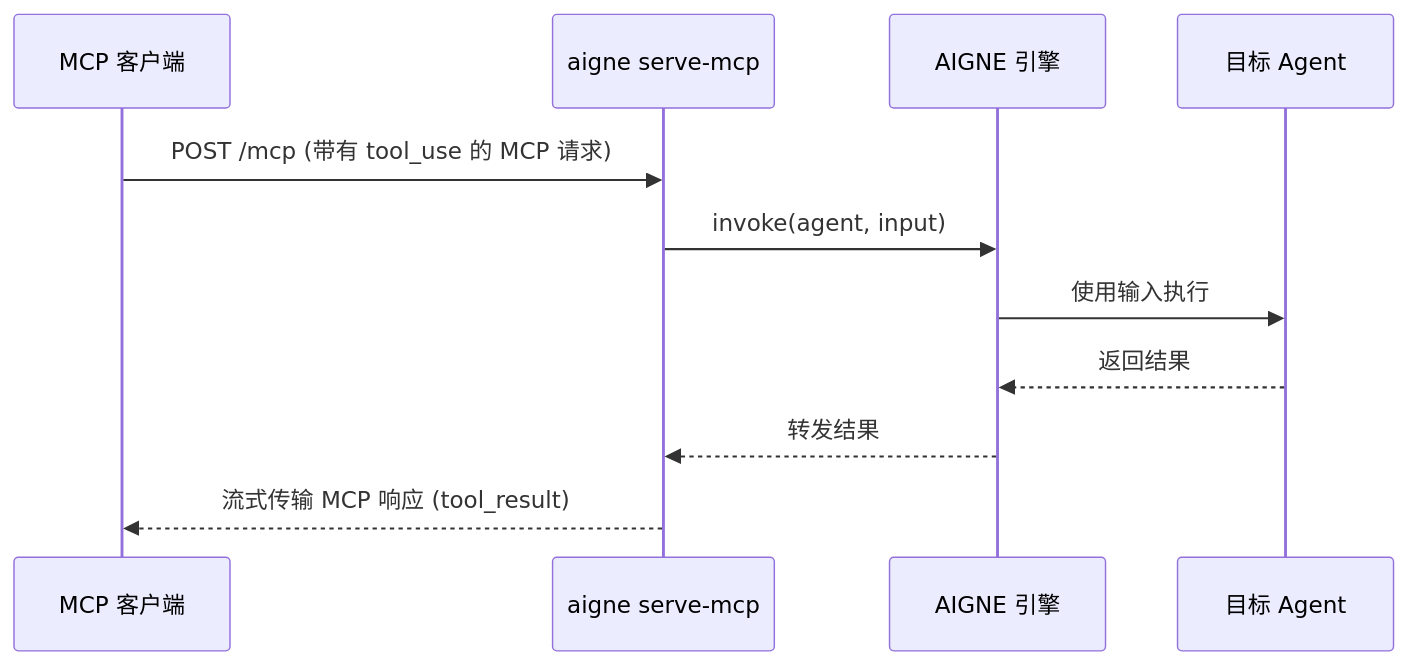
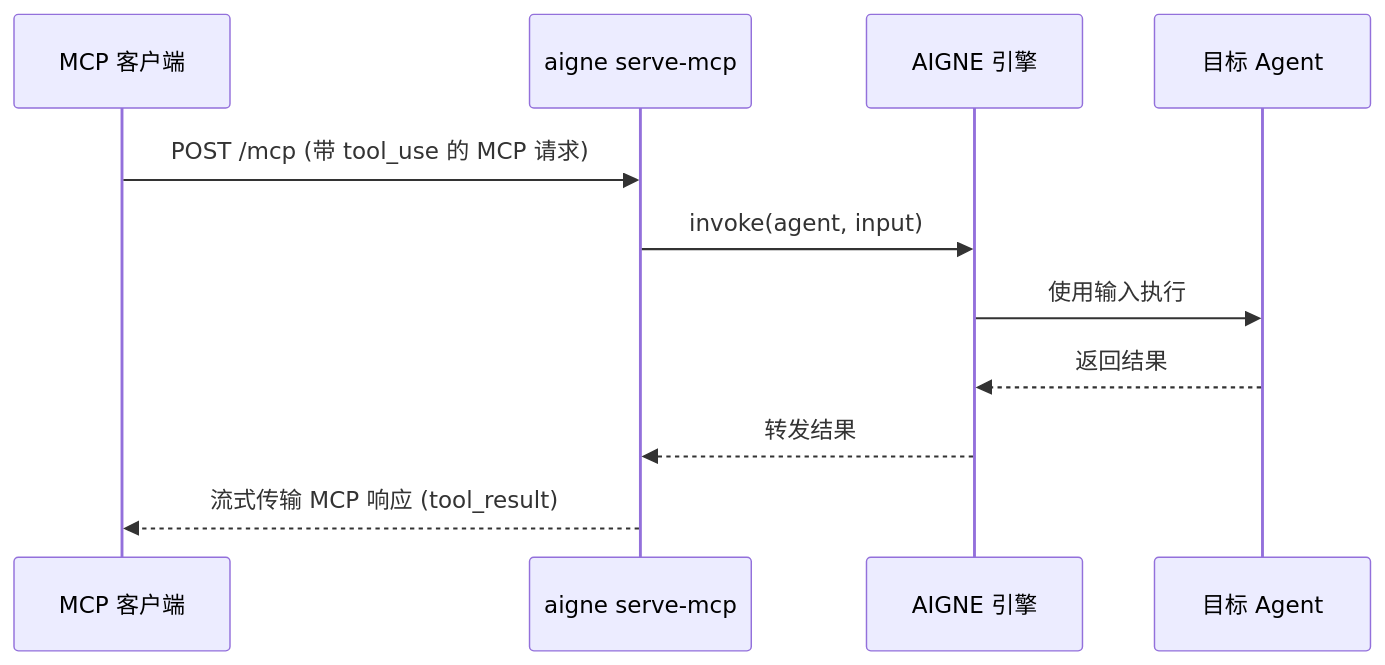
One commit to AIGNE-io/aigne-framework changed the diagram in packages/cli/docs/command-reference-serve-mcp.zh.md. Above: the diagram before and after it, drawn with Mermaid. The commit also changed other lines of this file and 39 other files, not shown here.

````diff
--- a/packages/cli/docs/command-reference-serve-mcp.zh.md
+++ b/packages/cli/docs/command-reference-serve-mcp.zh.md
@@ -24,14 +28,14 @@
 ```mermaid
 sequenceDiagram
     participant Client as MCP 客户端
     participant Server as aigne serve-mcp
     participant AIGNE as AIGNE 引擎
     participant Agent as 目标 Agent
 
-    Client->>Server: POST /mcp (带有 tool_use 的 MCP 请求)
+    Client->>Server: POST /mcp (带 tool_use 的 MCP 请求)
     Server->>AIGNE: invoke(agent, input)
     AIGNE->>Agent: 使用输入执行
     Agent-->>AIGNE: 返回结果
     AIGNE-->>Server: 转发结果
     Server-->>Client: 流式传输 MCP 响应 (tool_result)
 ```
````
